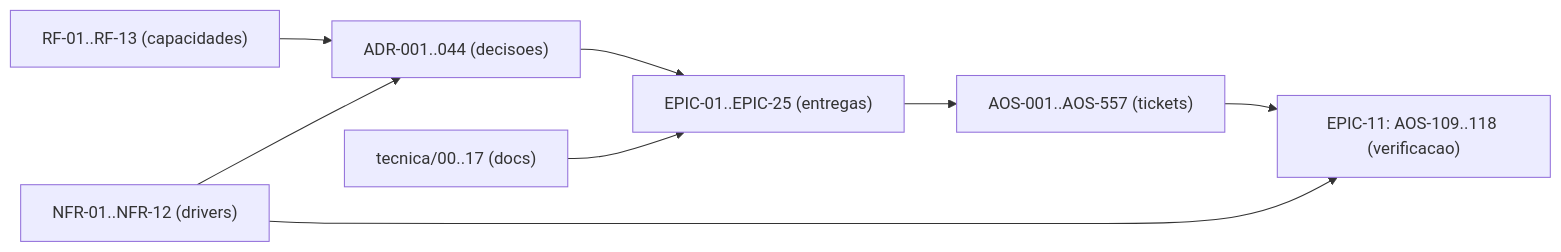
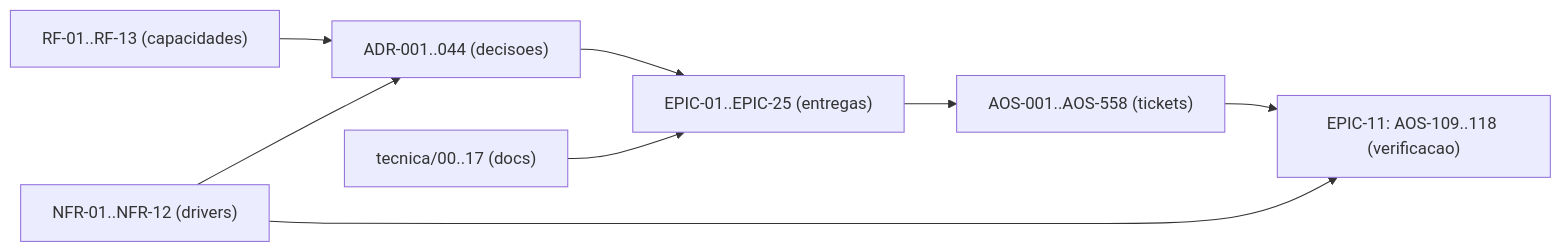
Before and after one commit to albinoJimy/aos: the diagram in tecnica/16_Rastreabilidade_RTM.md, drawn with Mermaid. The commit also changed other lines of this file and 13 other files, not shown here.

````diff
--- a/tecnica/16_Rastreabilidade_RTM.md
+++ b/tecnica/16_Rastreabilidade_RTM.md
@@ -214,10 +214,10 @@
 ```mermaid
 flowchart LR
     RF["RF-01..RF-13 (capacidades)"] --> ADR["ADR-001..044 (decisoes)"]
     NFR["NFR-01..NFR-12 (drivers)"] --> ADR
     ADR --> EPIC["EPIC-01..EPIC-25 (entregas)"]
-    EPIC --> TICK["AOS-001..AOS-557 (tickets)"]
+    EPIC --> TICK["AOS-001..AOS-558 (tickets)"]
     DOC["tecnica/00..17 (docs)"] --> EPIC
     TICK --> TEST["EPIC-11: AOS-109..118 (verificacao)"]
     NFR --> TEST
 ```
````
